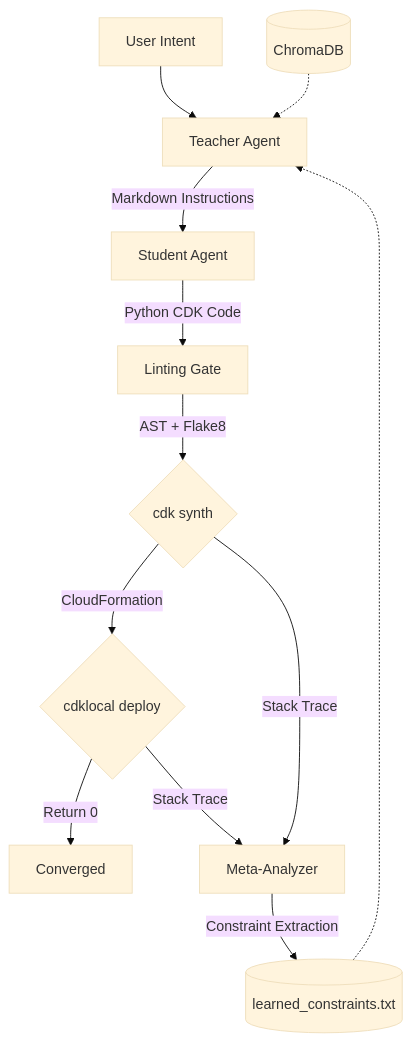
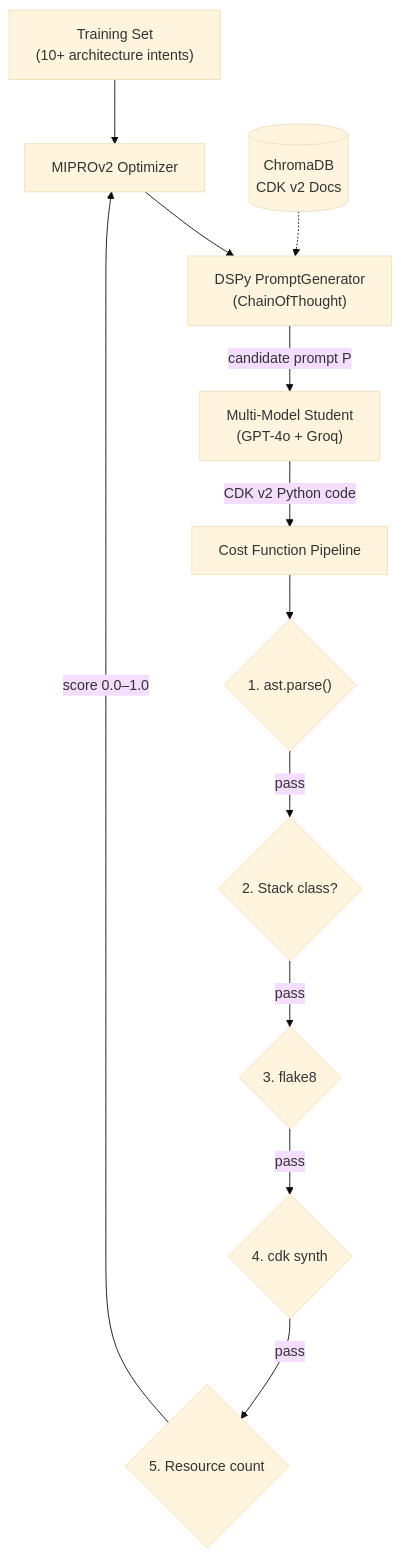
One commit to vjb/iac-self-healer changed the diagram in README.md. Above: the diagram before and after it, drawn with Mermaid (base theme). The commit also changed other lines of this file, not shown here.

Commit message:
docs: rewrite README for MIPROv2 prompt optimization architecture

````diff
--- a/README.md
+++ b/README.md
@@ -15,19 +13,17 @@
 ```mermaid
 graph TD
-    A["User Intent"] --> B["Teacher Agent"]
-    
-    C[("ChromaDB")] -.-> B
-    H[("learned_constraints.txt")] -.-> B
-    
-    B -->|"Markdown Instructions"| D["Student Agent"]
-    D -->|"Python CDK Code"| E["Linting Gate"]
-    
-    E -->|"AST + Flake8"| F{"cdk synth"}
-    F -->|"CloudFormation"| G{"cdklocal deploy"}
-    
-    G -- "Return 0" --> I["Converged"]
-    G -- "Stack Trace" --> J["Meta-Analyzer"]
-    F -- "Stack Trace" --> J
-    
-    J -->|"Constraint Extraction"| H
+    A["Training Set<br/>(10+ architecture intents)"] --> B["MIPROv2 Optimizer"]
+    B --> C["DSPy PromptGenerator<br/>(ChainOfThought)"]
+    C --> |"candidate prompt P"| D["Multi-Model Student<br/>(GPT-4o + Groq)"]
+    D --> |"CDK v2 Python code"| E["Cost Function Pipeline"]
+
+    E --> F{"1. ast.parse()"}
+    F --> |pass| G{"2. Stack class?"}
+    G --> |pass| H{"3. flake8"}
+    H --> |pass| I{"4. cdk synth"}
+    I --> |pass| J{"5. Resource count"}
+
+    J --> |"score 0.0–1.0"| B
+
+    K[("ChromaDB<br/>CDK v2 Docs")] -.-> C
 ```
````
